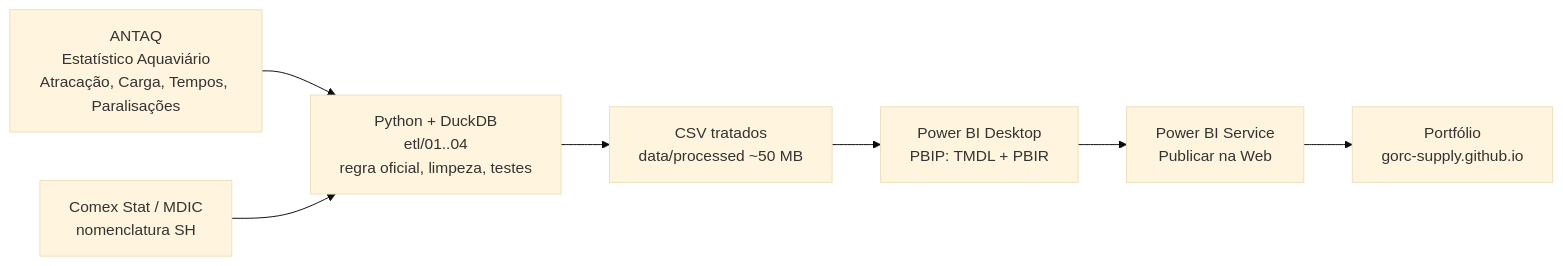
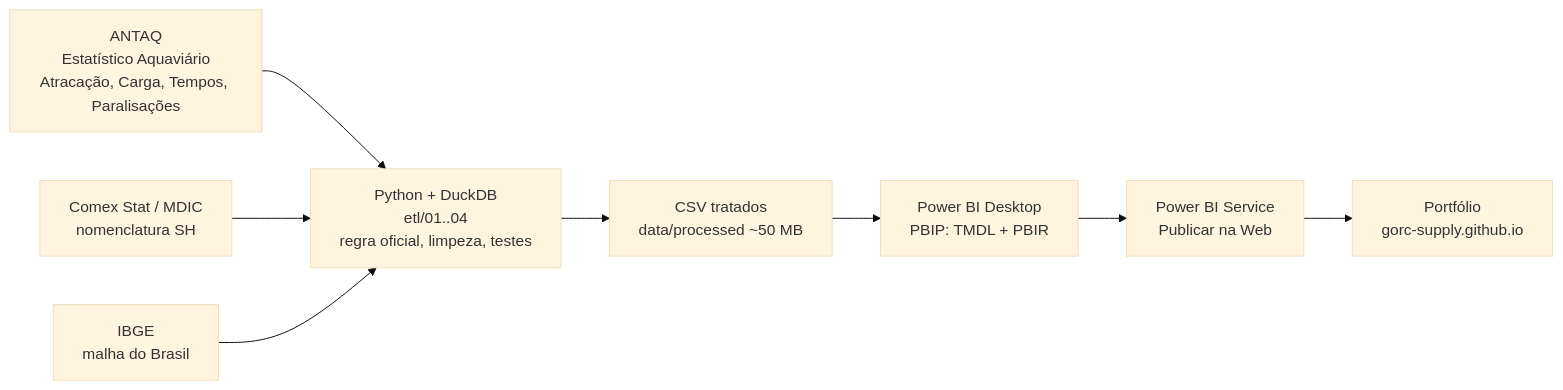
One commit to gorc-supply/raio-x-portuario changed the first of 2 diagrams in README.md. Above: the diagram before and after it, drawn with Mermaid (base theme). The commit also changed other lines of this file and 11 other files, not shown here.

````diff
--- a/README.md
+++ b/README.md
@@ -32,9 +48,10 @@
 ```mermaid
 flowchart LR
     A[ANTAQ<br/>Estatístico Aquaviário<br/>Atracação, Carga, Tempos, Paralisações] --> B[Python + DuckDB<br/>etl/01..04<br/>regra oficial, limpeza, testes]
     S[Comex Stat / MDIC<br/>nomenclatura SH] --> B
+    I[IBGE<br/>malha do Brasil] --> B
     B --> C[CSV tratados<br/>data/processed ~50 MB]
     C --> D[Power BI Desktop<br/>PBIP: TMDL + PBIR]
     D --> E[Power BI Service<br/>Publicar na Web]
     E --> F[Portfólio<br/>gorc-supply.github.io]
 ```
````
